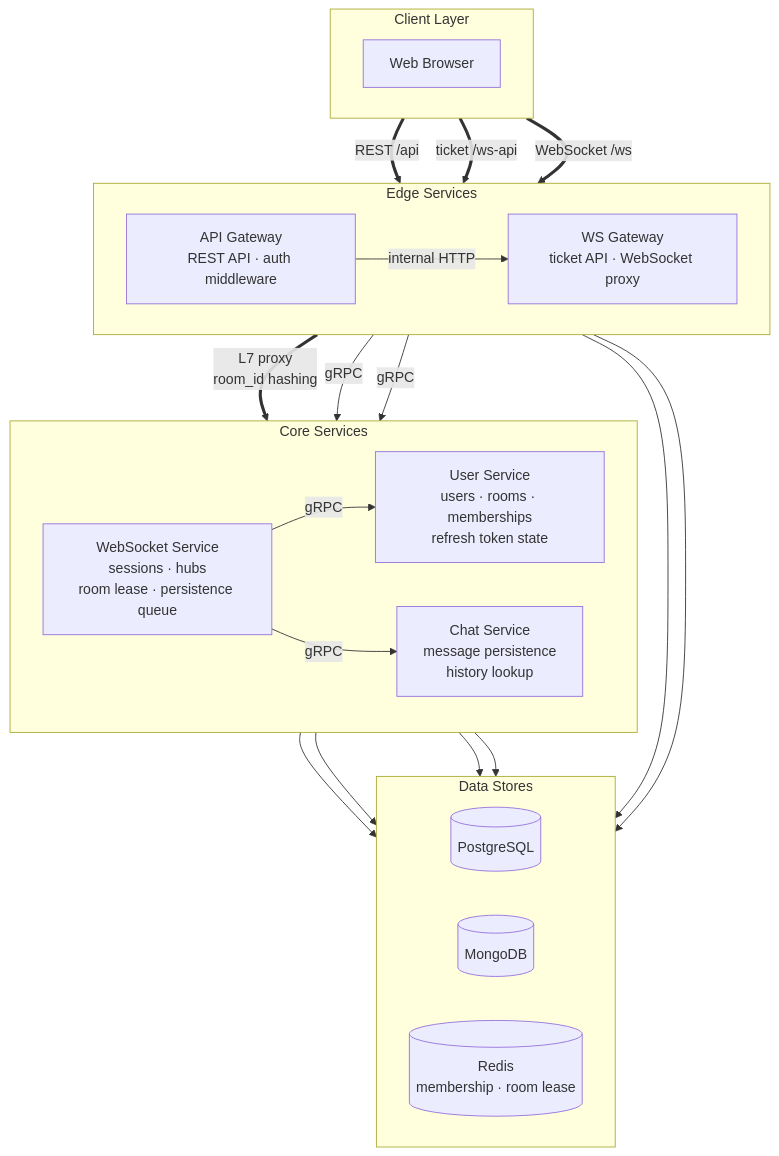
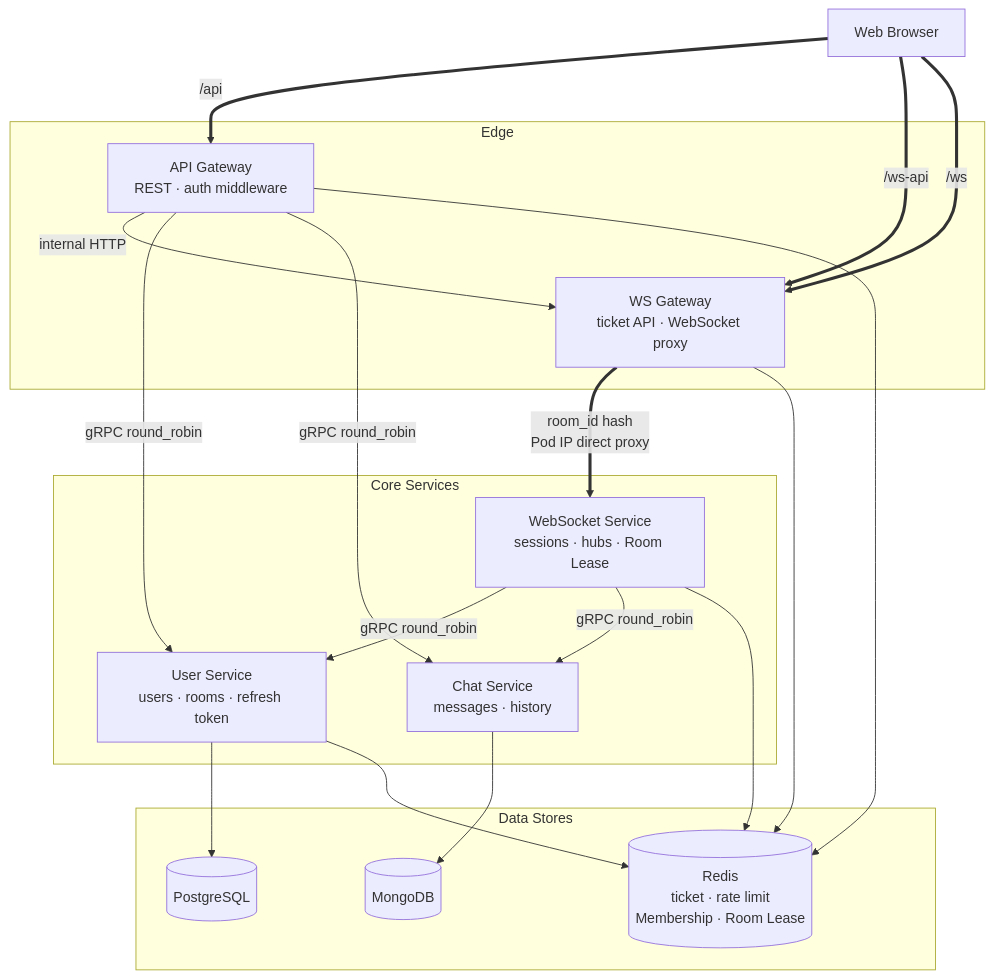
One commit to happyhun/go-chat-msa changed the diagram in README.md. Above: the diagram before and after it, drawn with Mermaid. The commit also changed other lines of this file and 2 other files, not shown here.

````diff
--- a/README.md
+++ b/README.md
@@ -114,46 +42,40 @@
 ```mermaid
 flowchart TB
-    subgraph ClientLayer ["Client Layer"]
-        direction LR
-        Browser["Web Browser"]
-    end
+    Browser["Web Browser"]
 
-    subgraph Edge ["Edge Services"]
-        direction LR
-        AGW["API Gateway<br/>REST API · auth middleware"]
+    subgraph Edge["Edge"]
+        AGW["API Gateway<br/>REST · auth middleware"]
         WSGW["WS Gateway<br/>ticket API · WebSocket proxy"]
     end
 
-    subgraph Core ["Core Services"]
-        direction LR
-        UserSvc["User Service<br/>users · rooms · memberships<br/>refresh token state"]
-        ChatSvc["Chat Service<br/>message persistence<br/>history lookup"]
-        WSSvc["WebSocket Service<br/>sessions · hubs<br/>room lease · persistence queue"]
+    subgraph Core["Core Services"]
+        UserSvc["User Service<br/>users · rooms · refresh token"]
+        ChatSvc["Chat Service<br/>messages · history"]
+        WSSvc["WebSocket Service<br/>sessions · hubs · Room Lease"]
     end
 
-    subgraph Data ["Data Stores"]
-        direction LR
+    subgraph Data["Data Stores"]
         PG[("PostgreSQL")]
         MG[("MongoDB")]
-        RD[("Redis<br/>membership · room lease")]
+        RD[("Redis<br/>ticket · rate limit<br/>Membership · Room Lease")]
     end
 
-    Browser == "REST /api" ==> AGW
-    Browser == "ticket /ws-api" ==> WSGW
-    Browser == "WebSocket /ws" ==> WSGW
+    Browser == "/api" ==> AGW
+    Browser == "/ws-api" ==> WSGW
+    Browser == "/ws" ==> WSGW
 
     AGW -- "internal HTTP" --> WSGW
-    WSGW == "L7 proxy<br/>room_id hashing" ==> WSSvc
+    WSGW == "room_id hash<br/>Pod IP direct proxy" ==> WSSvc
 
-    AGW -- "gRPC" --> UserSvc
-    AGW -- "gRPC" --> ChatSvc
-    WSSvc -- "gRPC" --> UserSvc
-    WSSvc -- "gRPC" --> ChatSvc
+    AGW -- "gRPC round_robin" --> UserSvc
+    AGW -- "gRPC round_robin" --> ChatSvc
+    WSSvc -- "gRPC round_robin" --> UserSvc
+    WSSvc -- "gRPC round_robin" --> ChatSvc
 
     UserSvc --> PG
     UserSvc --> RD
     ChatSvc --> MG
     AGW --> RD
     WSGW --> RD
     WSSvc --> RD
 ```
````
